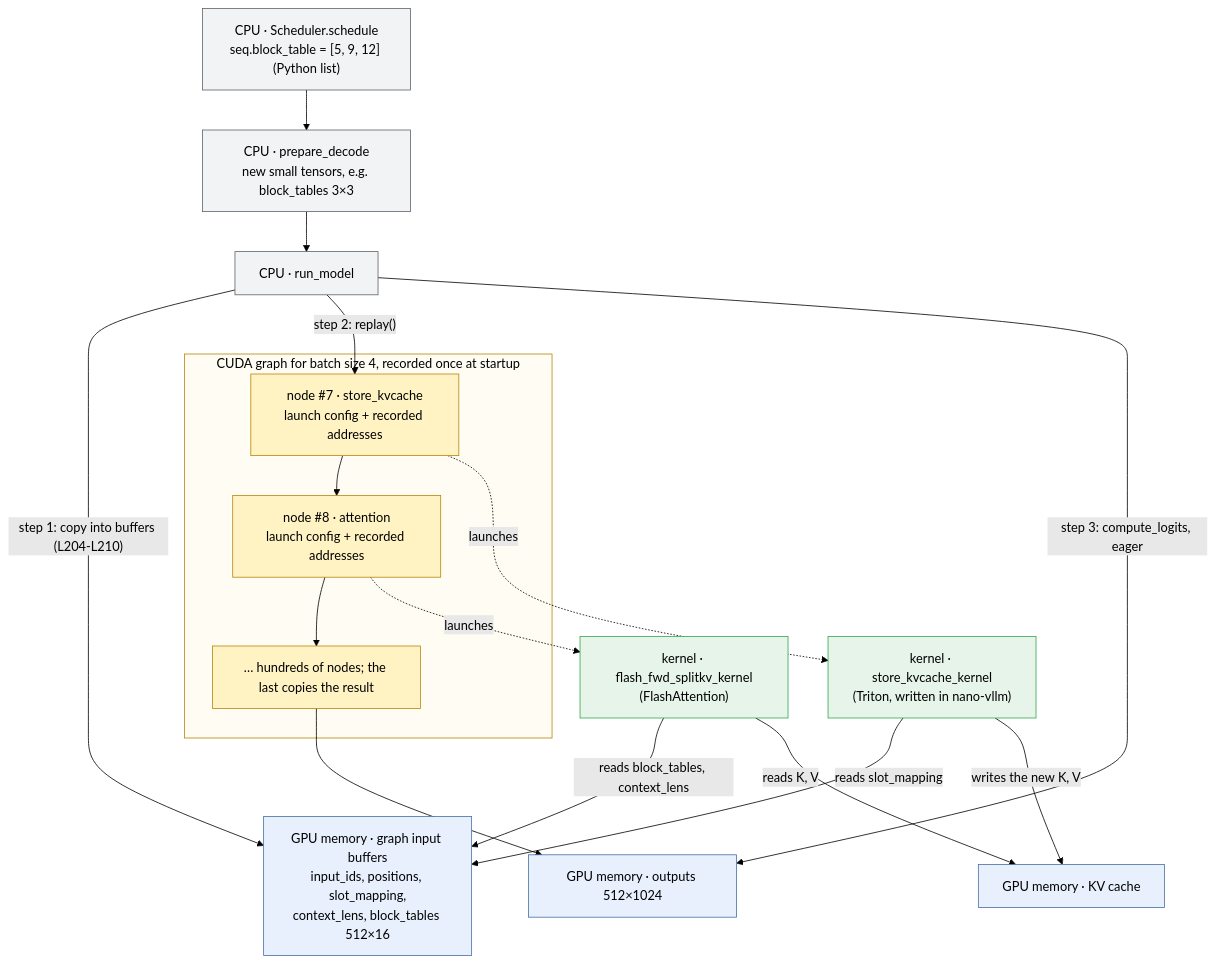
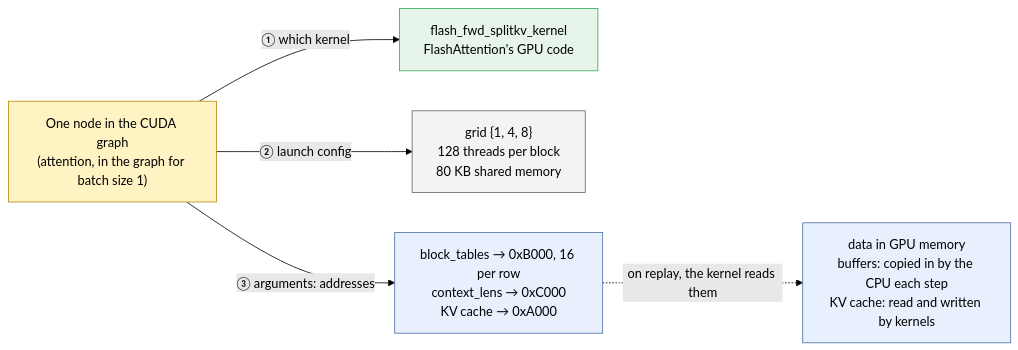
Before and after one commit to taigaoma1997/llm-infra-notes: the second of 3 diagrams in notes/nano-vllm/issues/190-cuda-graph-block-tables.md, drawn with Mermaid (forest theme). The commit also changed other lines of this file and 1 other file, not shown here.

Commit message:
nano-vllm CUDA graph: replace the all-in-one diagram with a node diagram and a step-by-step sequence

````diff
--- a/notes/nano-vllm/issues/190-cuda-graph-block-tables.md
+++ b/notes/nano-vllm/issues/190-cuda-graph-block-tables.md
@@ -171,28 +173,16 @@
 ```mermaid
-flowchart TD
-  S["CPU · Scheduler.schedule<br/>seq.block_table = [5, 9, 12] (Python list)"] --> P["CPU · prepare_decode<br/>new small tensors, e.g. block_tables 3×3"]
-  P --> R["CPU · run_model"]
-  R -->|"step 1: copy into buffers (L204-L210)"| BUF["GPU memory · graph input buffers<br/>input_ids, positions, slot_mapping,<br/>context_lens, block_tables 512×16"]
-  R -->|"step 2: replay()"| N7
-  subgraph G["CUDA graph for batch size 4, recorded once at startup"]
-    N7["node #7 · store_kvcache<br/>launch config + recorded addresses"] --> N8["node #8 · attention<br/>launch config + recorded addresses"]
-    N8 --> NL["… hundreds of nodes; the last copies the result"]
-  end
-  N7 -.->|launches| K7["kernel · store_kvcache_kernel<br/>(Triton, written in nano-vllm)"]
-  N8 -.->|launches| K8["kernel · flash_fwd_splitkv_kernel<br/>(FlashAttention)"]
-  K7 -->|reads slot_mapping| BUF
-  K7 -->|writes the new K, V| KV["GPU memory · KV cache"]
-  K8 -->|reads block_tables, context_lens| BUF
-  K8 -->|reads K, V| KV
-  NL --> OUT["GPU memory · outputs 512×1024"]
-  R -->|"step 3: compute_logits, eager"| OUT
-  classDef cpu fill:#f1f3f4,stroke:#5f6368,color:#000
+flowchart LR
+  N["One node in the CUDA graph<br/>(attention, in the graph for batch size 1)"]
+  N -->|"① which kernel"| K["flash_fwd_splitkv_kernel<br/>FlashAttention's GPU code"]
+  N -->|"② launch config"| C["grid {1, 4, 8}<br/>128 threads per block<br/>80 KB shared memory"]
+  N -->|"③ arguments: addresses"| A["block_tables → 0xB000, 16 per row<br/>context_lens → 0xC000<br/>KV cache → 0xA000"]
+  A -.->|"on replay, the kernel reads them"| M["data in GPU memory<br/>buffers: copied in by the CPU each step<br/>KV cache: read and written by kernels"]
+  classDef node fill:#fff3c4,stroke:#b8860b,color:#000
+  classDef code fill:#e6f4ea,stroke:#34a853,color:#000
+  classDef cfg fill:#f1f3f4,stroke:#5f6368,color:#000
   classDef mem fill:#e8f0fe,stroke:#4a6fa5,color:#000
-  classDef gnode fill:#fff3c4,stroke:#b8860b,color:#000
-  classDef code fill:#e6f4ea,stroke:#34a853,color:#000
-  class S,P,R cpu
-  class BUF,KV,OUT mem
-  class N7,N8,NL gnode
-  class K7,K8 code
-  style G fill:#fffdf3,stroke:#b8860b,color:#000
+  class N node
+  class K code
+  class C cfg
+  class A,M mem
 ```
````
